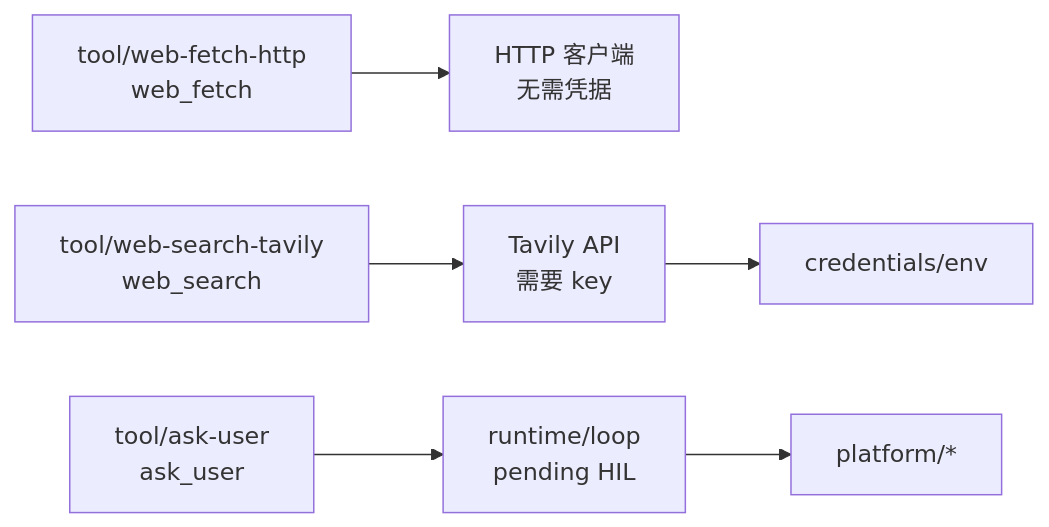
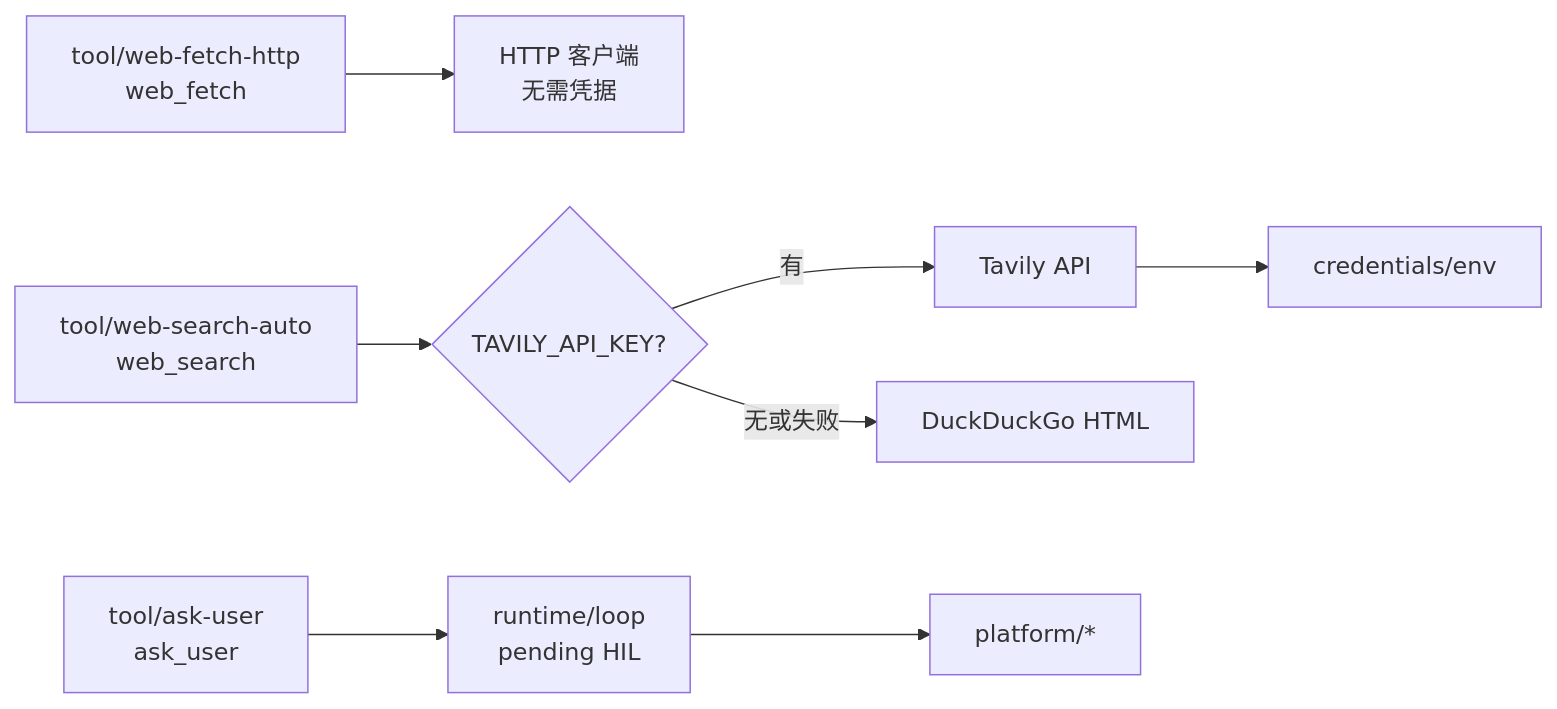
Before and after one commit to lengzhao/agentkit: the diagram in docs/web.zh.md, drawn with Mermaid. The commit also changed other lines of this file and 15 other files, not shown here.

Commit message:
默认搜索改为 Tavily 优先、DuckDuckGo fallback，并修复 CLI 主 prompt 与 turn 生命周期同步。

````diff
--- a/docs/web.zh.md
+++ b/docs/web.zh.md
@@ -21,8 +23,10 @@
 ```mermaid
 flowchart LR
   TF["tool/web-fetch-http<br/>web_fetch"] --> HTTP["HTTP 客户端<br/>无需凭据"]
-  TS["tool/web-search-tavily<br/>web_search"] --> TV["Tavily API<br/>需要 key"]
+  TS["tool/web-search-auto<br/>web_search"] --> TV{"TAVILY_API_KEY?"}
+  TV -->|有| Tavily["Tavily API"]
+  TV -->|无或失败| DDG["DuckDuckGo HTML"]
   TA["tool/ask-user<br/>ask_user"] --> Loop["runtime/loop<br/>pending HIL"]
   Loop --> Platform["platform/*"]
-  TV --> CR["credentials/env"]
+  Tavily --> CR["credentials/env"]
 ```
````
